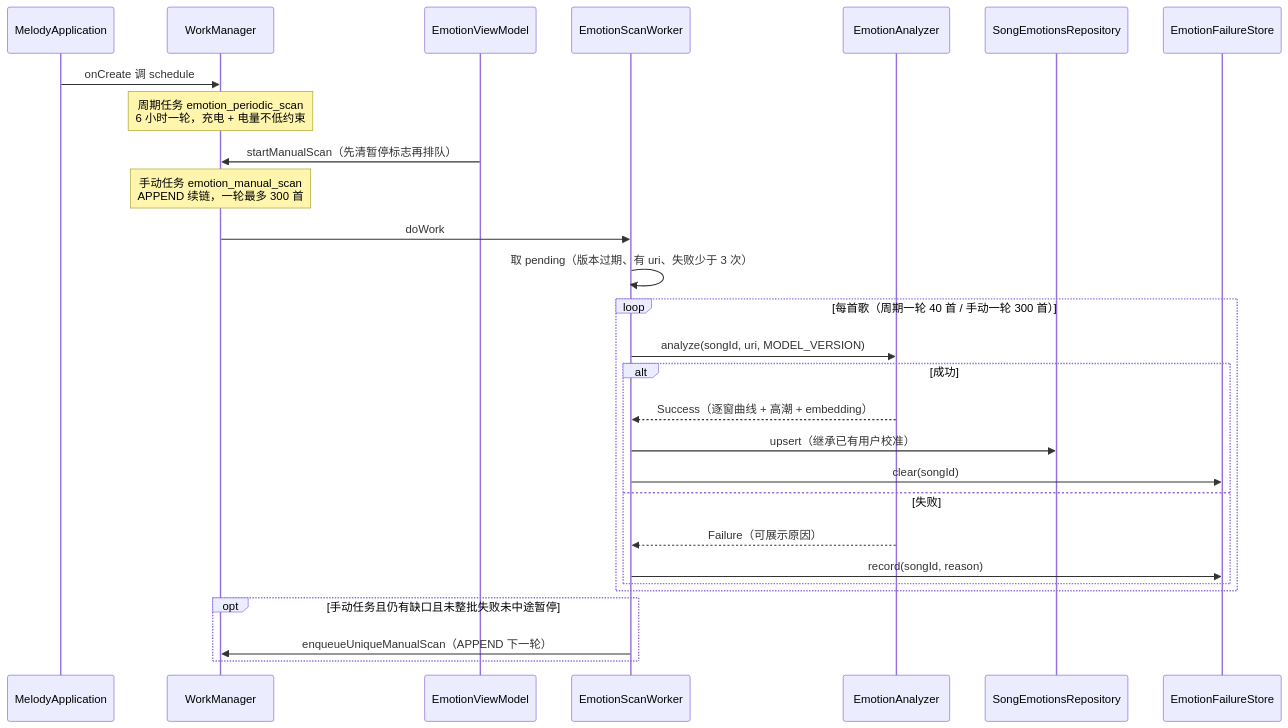
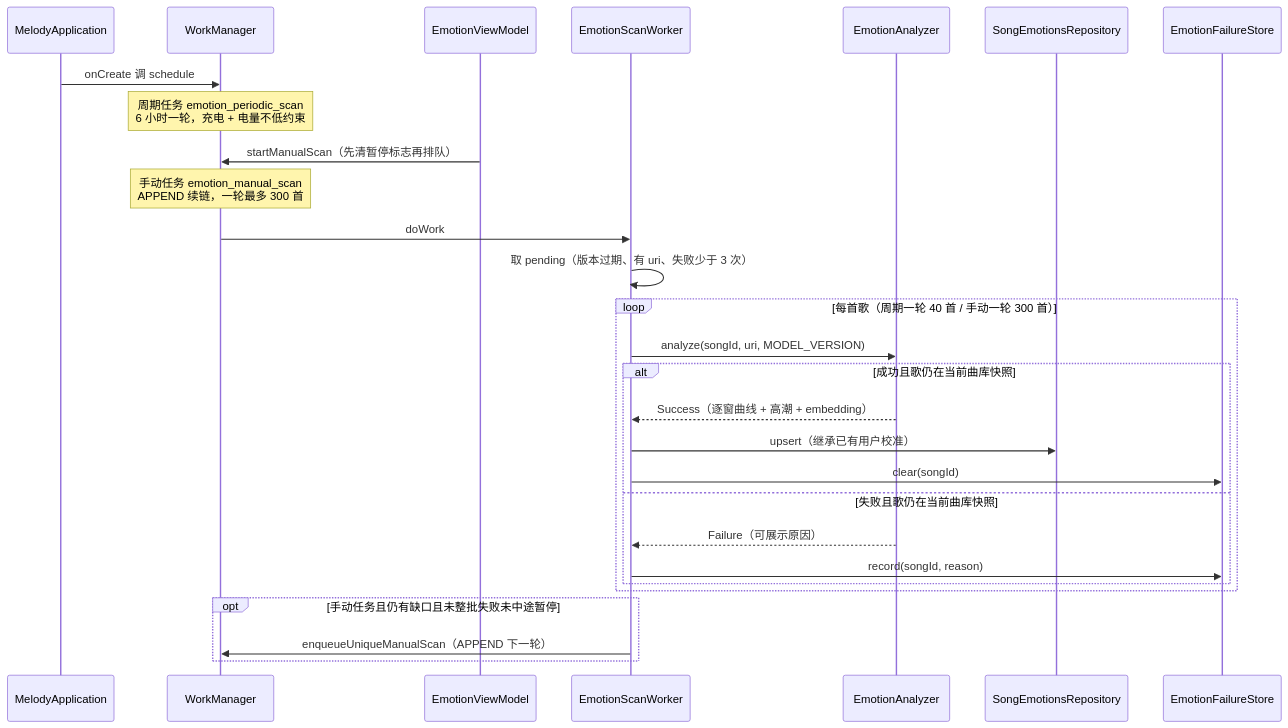
The first of 2 diagrams in openwiki/workflows/emotion-analysis-pipeline.md (DefineMyCode/melody-in-heart-x), drawn with Mermaid before and after one commit. The commit also changed other lines of this file and 34 other files, not shown here.

````diff
--- a/openwiki/workflows/emotion-analysis-pipeline.md
+++ b/openwiki/workflows/emotion-analysis-pipeline.md
@@ -73,31 +73,31 @@
 ```mermaid
 sequenceDiagram
     participant App as MelodyApplication
     participant WM as WorkManager
     participant VM as EmotionViewModel
     participant W as EmotionScanWorker
     participant AN as EmotionAnalyzer
     participant RE as SongEmotionsRepository
     participant FS as EmotionFailureStore
 
     App->>WM: onCreate 调 schedule
     Note over WM: 周期任务 emotion_periodic_scan<br/>6 小时一轮，充电 + 电量不低约束
     VM->>WM: startManualScan（先清暂停标志再排队）
     Note over WM: 手动任务 emotion_manual_scan<br/>APPEND 续链，一轮最多 300 首
     WM->>W: doWork
     W->>W: 取 pending（版本过期、有 uri、失败少于 3 次）
     loop 每首歌（周期一轮 40 首 / 手动一轮 300 首）
         W->>AN: analyze(songId, uri, MODEL_VERSION)
-        alt 成功
+        alt 成功且歌仍在当前曲库快照
             AN-->>W: Success（逐窗曲线 + 高潮 + embedding）
             W->>RE: upsert（继承已有用户校准）
             W->>FS: clear(songId)
-        else 失败
+        else 失败且歌仍在当前曲库快照
             AN-->>W: Failure（可展示原因）
             W->>FS: record(songId, reason)
         end
     end
     opt 手动任务且仍有缺口且未整批失败未中途暂停
         W->>WM: enqueueUniqueManualScan（APPEND 下一轮）
     end
 ```
````
